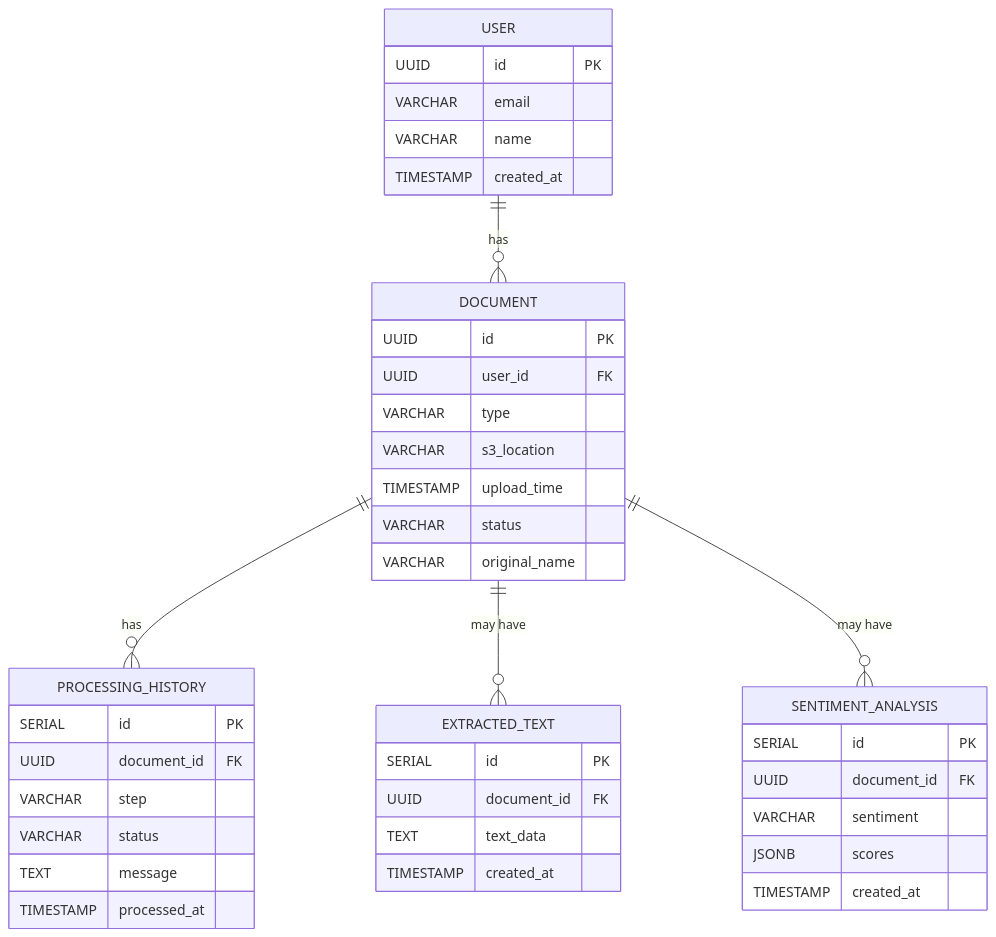
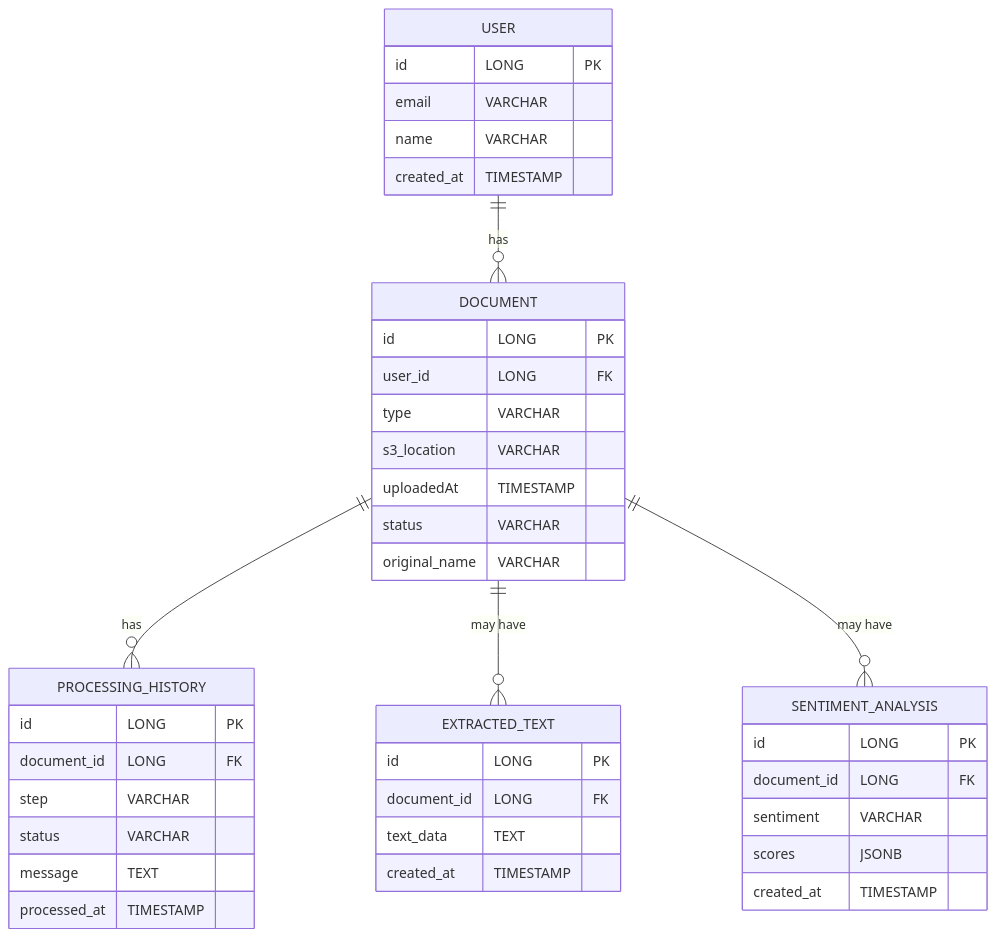
One commit to thalesmaiaa/document-text-processor changed the diagram in DB.md. Above: the diagram before and after it, drawn with Mermaid. The commit also changed other lines of this file and 1 other file, not shown here.

````diff
--- a/DB.md
+++ b/DB.md
@@ -64,45 +3,45 @@
 ```mermaid
 erDiagram
     USER {
-        UUID id PK
-        VARCHAR email
-        VARCHAR name
-        TIMESTAMP created_at
+        id LONG PK
+        email VARCHAR
+        name VARCHAR
+        created_at TIMESTAMP
     }
     DOCUMENT {
-        UUID id PK
-        UUID user_id FK
-        VARCHAR type
-        VARCHAR s3_location
-        TIMESTAMP upload_time
-        VARCHAR status
-        VARCHAR original_name
+        id LONG PK
+        user_id LONG FK
+        type VARCHAR
+        s3_location VARCHAR
+        uploadedAt TIMESTAMP
+        status VARCHAR
+        original_name VARCHAR
     }
     PROCESSING_HISTORY {
-        SERIAL id PK
-        UUID document_id FK
-        VARCHAR step
-        VARCHAR status
-        TEXT message
-        TIMESTAMP processed_at
+        id LONG PK
+        document_id LONG FK
+        step VARCHAR
+        status VARCHAR
+        message TEXT
+        processed_at TIMESTAMP
     }
     EXTRACTED_TEXT {
-        SERIAL id PK
-        UUID document_id FK
-        TEXT text_data
-        TIMESTAMP created_at
+        id LONG PK
+        document_id LONG FK
+        text_data TEXT
+        created_at TIMESTAMP
     }
 
     SENTIMENT_ANALYSIS {
-        SERIAL id PK
-        UUID document_id FK
-        VARCHAR sentiment
-        JSONB scores
-        TIMESTAMP created_at
+        id LONG PK
+        document_id LONG FK
+        sentiment VARCHAR
+        scores JSONB
+        created_at TIMESTAMP
     }
 
     USER ||--o{ DOCUMENT: "has"
     DOCUMENT ||--o{ PROCESSING_HISTORY: "has"
     DOCUMENT ||--o{ EXTRACTED_TEXT: "may have"
     DOCUMENT ||--o{ SENTIMENT_ANALYSIS: "may have"
 ```
````
